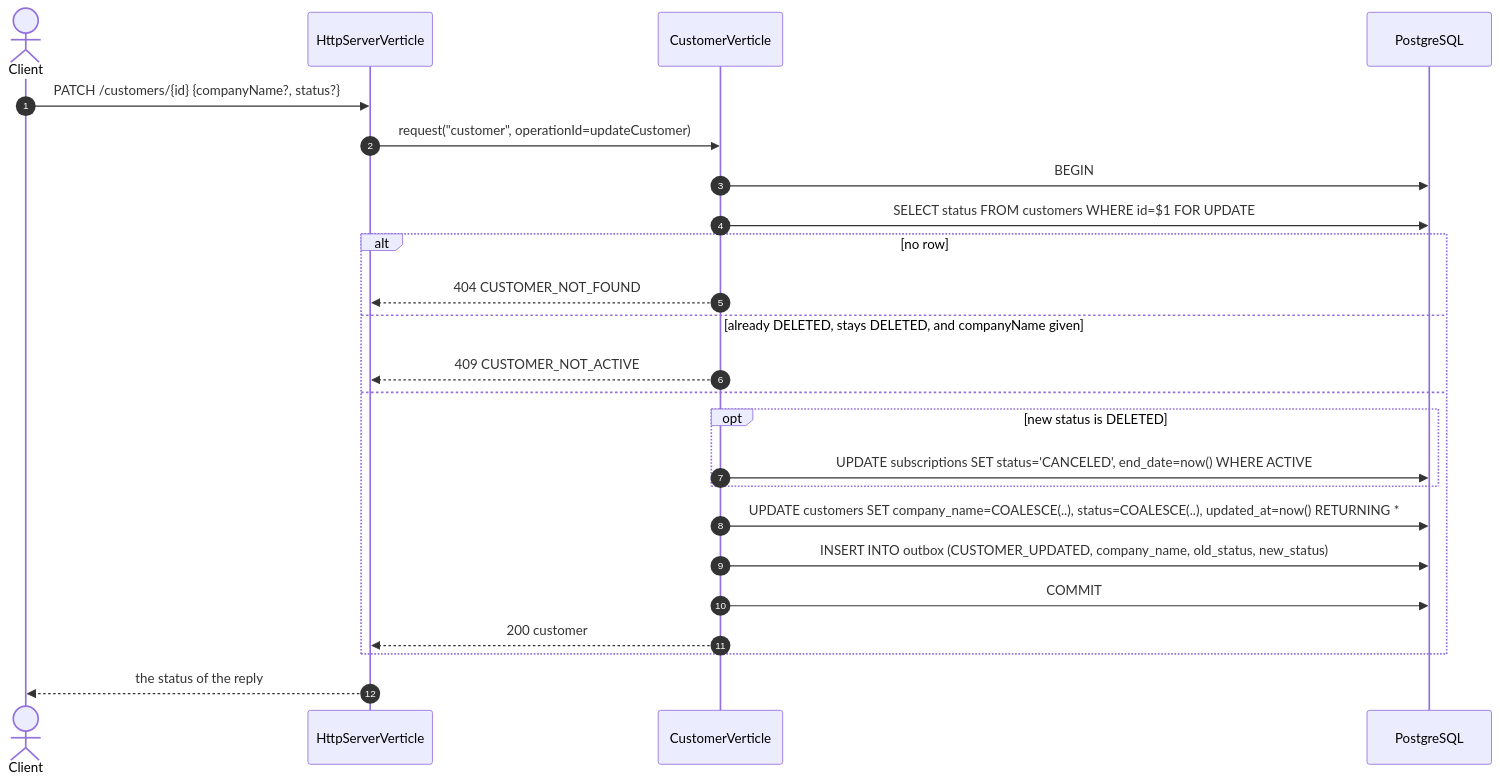
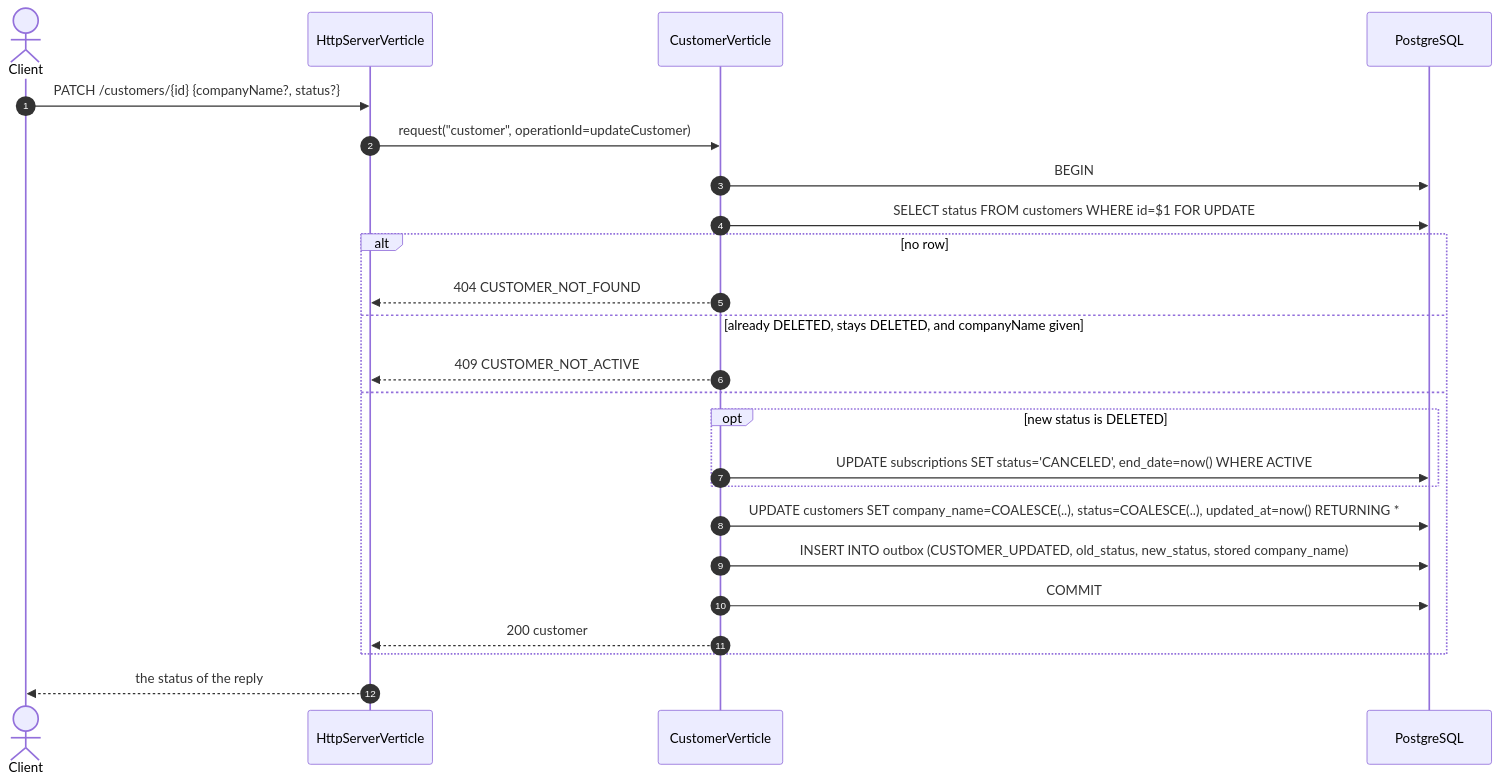
One commit to bataillec/customer-api-vertx changed the ninth of 17 diagrams in docs/ARCHITECTURE.md. Above: the diagram before and after it, drawn with Mermaid. The commit also changed 5 other files, not shown here.

````diff
--- a/docs/ARCHITECTURE.md
+++ b/docs/ARCHITECTURE.md
@@ -343,26 +343,26 @@
 ```mermaid
 sequenceDiagram
     autonumber
     actor C as Client
     participant H as HttpServerVerticle
     participant CU as CustomerVerticle
     participant DB as PostgreSQL
     C ->> H: PATCH /customers/{id} {companyName?, status?}
     H ->> CU: request("customer", operationId=updateCustomer)
     CU ->> DB: BEGIN
     CU ->> DB: SELECT status FROM customers WHERE id=$1 FOR UPDATE
     alt no row
         CU -->> H: 404 CUSTOMER_NOT_FOUND
     else already DELETED, stays DELETED, and companyName given
         CU -->> H: 409 CUSTOMER_NOT_ACTIVE
     else
         opt new status is DELETED
             CU ->> DB: UPDATE subscriptions SET status='CANCELED', end_date=now() WHERE ACTIVE
         end
         CU ->> DB: UPDATE customers SET company_name=COALESCE(..), status=COALESCE(..), updated_at=now() RETURNING *
-        CU ->> DB: INSERT INTO outbox (CUSTOMER_UPDATED, company_name, old_status, new_status)
+        CU ->> DB: INSERT INTO outbox (CUSTOMER_UPDATED, old_status, new_status, stored company_name)
         CU ->> DB: COMMIT
         CU -->> H: 200 customer
     end
     H -->> C: the status of the reply
 ```
````
